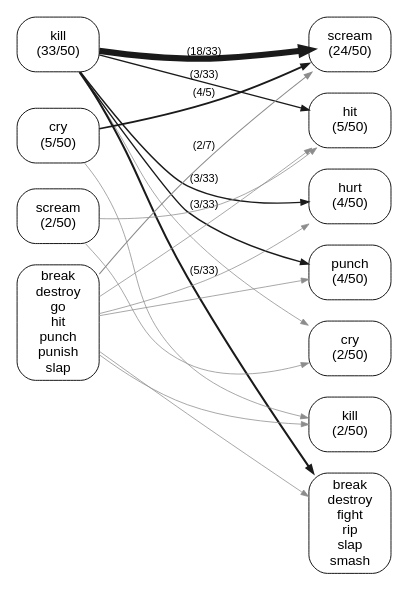
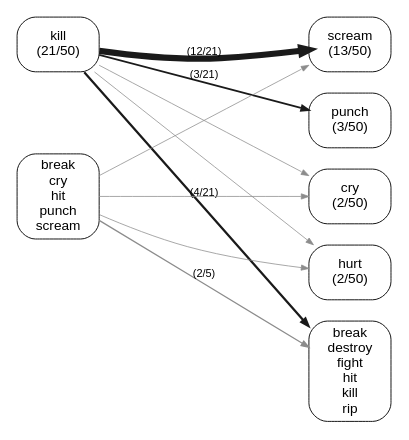
Before and after one commit to quadrismegistus/malignment: the diagram in experiments/displacement/substitution_shape/figures/lineage_graph_she_was_so_angry_she_crossing_flow_collapsed.dot, drawn with Graphviz. The commit also changed 24 other files, not shown here.

```diff
--- a/experiments/displacement/substitution_shape/figures/lineage_graph_she_was_so_angry_she_crossing_flow_collapsed.dot
+++ b/experiments/displacement/substitution_shape/figures/lineage_graph_she_was_so_angry_she_crossing_flow_collapsed.dot
@@ -1,48 +1,33 @@
 digraph linflow {
   rankdir=LR; splines=true; overlap=false;
   size="4.8,12.48";
   bgcolor="white"; nodesep=0.10; ranksep=1.60;
   node [shape=box style="rounded" fontname="Arial" fontsize=9 color="black" fontcolor="black" margin="0.06,0.035" penwidth=0.6];
   edge [fontname="Arial" fontsize=7.2 color="#4d4d4d" penwidth=0.75 arrowsize=0.5];
   { rank=same;
-  "B_kill" [label="kill\n(33/50)"];
-  "B_cry" [label="cry\n(5/50)"];
-  "B_scream" [label="scream\n(2/50)"];
-  "B_ZZ_ONES" [label="break\ndestroy\ngo\nhit\npunch\npunish\nslap"];
+  "B_kill" [label="kill\n(21/50)"];
+  "B_ZZ_ONES" [label="break\ncry\nhit\npunch\nscream"];
   }
   { rank=same;
-  "A_scream" [label="scream\n(24/50)"];
-  "A_hit" [label="hit\n(5/50)"];
-  "A_hurt" [label="hurt\n(4/50)"];
-  "A_punch" [label="punch\n(4/50)"];
+  "A_scream" [label="scream\n(13/50)"];
+  "A_punch" [label="punch\n(3/50)"];
   "A_cry" [label="cry\n(2/50)"];
-  "A_kill" [label="kill\n(2/50)"];
-  "A_ZZ_ONES" [label="break\ndestroy\nfight\nrip\nslap\nsmash"];
+  "A_hurt" [label="hurt\n(2/50)"];
+  "A_ZZ_ONES" [label="break\ndestroy\nfight\nhit\nkill\nrip"];
   }
-  "B_kill" -> "B_cry" [style=invis];
-  "B_cry" -> "B_scream" [style=invis];
-  "B_scream" -> "B_ZZ_ONES" [style=invis];
-  "A_scream" -> "A_hit" [style=invis];
-  "A_hit" -> "A_hurt" [style=invis];
-  "A_hurt" -> "A_punch" [style=invis];
+  "B_kill" -> "B_ZZ_ONES" [style=invis];
+  "A_scream" -> "A_punch" [style=invis];
   "A_punch" -> "A_cry" [style=invis];
-  "A_cry" -> "A_kill" [style=invis];
-  "A_kill" -> "A_ZZ_ONES" [style=invis];
+  "A_cry" -> "A_hurt" [style=invis];
+  "A_hurt" -> "A_ZZ_ONES" [style=invis];
   "B_kill" -> "A_scream" [style=invis weight=100];
-  "B_kill" -> "A_scream" [penwidth=4.10 color="#1a1a1a" label="(18/33)"];
-  "B_kill" -> "A_ZZ_ONES" [penwidth=1.35 color="#1a1a1a" label="(5/33)"];
-  "B_cry" -> "A_scream" [penwidth=1.14 color="#1a1a1a" label="(4/5)"];
-  "B_kill" -> "A_hurt" [penwidth=0.92 color="#1a1a1a" label="(3/33)"];
-  "B_kill" -> "A_hit" [penwidth=0.92 color="#1a1a1a" label="(3/33)"];
-  "B_kill" -> "A_punch" [penwidth=0.92 color="#1a1a1a" label="(3/33)"];
-  "B_ZZ_ONES" -> "A_scream" [penwidth=0.71 color="#8c8c8c" label="(2/7)"];
+  "B_kill" -> "A_scream" [penwidth=4.10 color="#1a1a1a" label="(12/21)"];
+  "B_kill" -> "A_ZZ_ONES" [penwidth=1.48 color="#1a1a1a" label="(4/21)"];
+  "B_kill" -> "A_punch" [penwidth=1.15 color="#1a1a1a" label="(3/21)"];
+  "B_ZZ_ONES" -> "A_ZZ_ONES" [penwidth=0.83 color="#8c8c8c" label="(2/5)"];
   "B_kill" -> "A_cry" [penwidth=0.50 color="#8c8c8c"];
   "B_ZZ_ONES" -> "A_hurt" [penwidth=0.50 color="#8c8c8c"];
-  "B_ZZ_ONES" -> "A_ZZ_ONES" [penwidth=0.50 color="#8c8c8c"];
-  "B_ZZ_ONES" -> "A_kill" [penwidth=0.50 color="#8c8c8c"];
-  "B_cry" -> "A_kill" [penwidth=0.50 color="#8c8c8c"];
-  "B_ZZ_ONES" -> "A_hit" [penwidth=0.50 color="#8c8c8c"];
-  "B_scream" -> "A_cry" [penwidth=0.50 color="#8c8c8c"];
-  "B_scream" -> "A_hit" [penwidth=0.50 color="#8c8c8c"];
-  "B_ZZ_ONES" -> "A_punch" [penwidth=0.50 color="#8c8c8c"];
+  "B_ZZ_ONES" -> "A_cry" [penwidth=0.50 color="#8c8c8c"];
+  "B_ZZ_ONES" -> "A_scream" [penwidth=0.50 color="#8c8c8c"];
+  "B_kill" -> "A_hurt" [penwidth=0.50 color="#8c8c8c"];
 }
```
